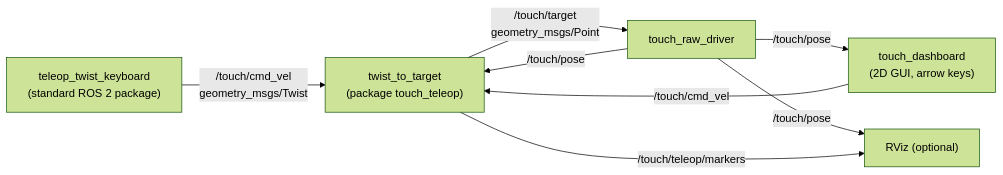
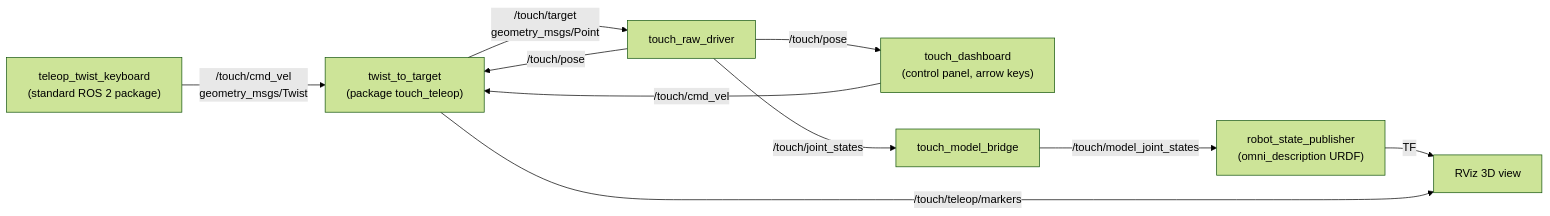
One commit to nicola-gaiotto/haptic-teleoperation-touch-franka changed the diagram in docs/03_keyboard_teleoperation.md. Above: the diagram before and after it, drawn with Mermaid (forest theme). The commit also changed other lines of this file and 17 other files, not shown here.

````diff
--- a/docs/03_keyboard_teleoperation.md
+++ b/docs/03_keyboard_teleoperation.md
@@ -10,10 +10,12 @@
 ```mermaid
 flowchart LR
     KB["teleop_twist_keyboard<br/>(standard ROS 2 package)"] -- "/touch/cmd_vel<br/>geometry_msgs/Twist" --> TT["twist_to_target<br/>(package touch_teleop)"]
     TT -- "/touch/target<br/>geometry_msgs/Point" --> DRV["touch_raw_driver"]
-    DB["touch_dashboard<br/>(2D GUI, arrow keys)"] -- "/touch/cmd_vel" --> TT
+    DB["touch_dashboard<br/>(control panel, arrow keys)"] -- "/touch/cmd_vel" --> TT
     DRV -- "/touch/pose" --> TT
     DRV -- "/touch/pose" --> DB
-    DRV -- "/touch/pose" --> RV["RViz (optional)"]
+    DRV -- "/touch/joint_states" --> MB["touch_model_bridge"]
+    MB -- "/touch/model_joint_states" --> RSP["robot_state_publisher<br/>(omni_description URDF)"]
+    RSP -- "TF" --> RV["RViz 3D view"]
     TT -- "/touch/teleop/markers" --> RV
 ```
````
